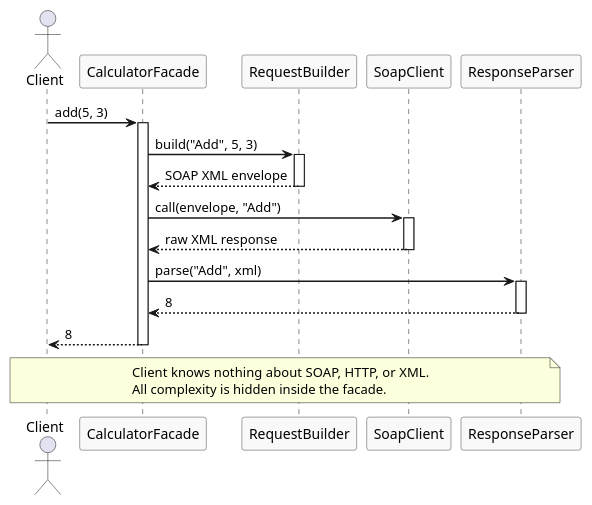
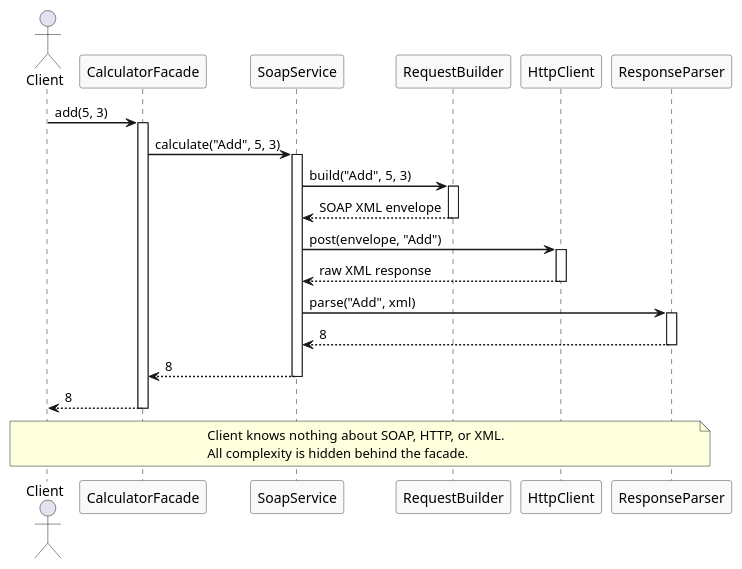
Before and after one commit to olegf2a/gof: the diagram in structural/facade/uml/facade_flow.puml, drawn with PlantUML. The commit also changed 17 other files, not shown here.

```diff
--- a/structural/facade/uml/facade_flow.puml
+++ b/structural/facade/uml/facade_flow.puml
@@ -1,42 +1,47 @@
 @startuml facade_flow
 
 skinparam sequenceArrowThickness 1.5
 skinparam sequenceParticipantBackgroundColor #f9f9f9
 skinparam sequenceParticipantBorderColor #444444
-skinparam SequenceGroupBorderColor #888888
 
 actor Client
 
 participant "CalculatorFacade" as Facade
+participant "SoapService" as Service
 participant "RequestBuilder" as Builder
-participant "SoapClient" as Client2
+participant "HttpClient" as Http
 participant "ResponseParser" as Parser
 
 Client -> Facade : add(5, 3)
-
 activate Facade
 
-Facade -> Builder : build("Add", 5, 3)
+Facade -> Service : calculate("Add", 5, 3)
+activate Service
+
+Service -> Builder : build("Add", 5, 3)
 activate Builder
-Builder --> Facade : SOAP XML envelope
+Builder --> Service : SOAP XML envelope
 deactivate Builder
 
-Facade -> Client2 : call(envelope, "Add")
-activate Client2
-Client2 --> Facade : raw XML response
-deactivate Client2
+Service -> Http : post(envelope, "Add")
+activate Http
+Http --> Service : raw XML response
+deactivate Http
 
-Facade -> Parser : parse("Add", xml)
+Service -> Parser : parse("Add", xml)
 activate Parser
-Parser --> Facade : 8
+Parser --> Service : 8
 deactivate Parser
+
+Service --> Facade : 8
+deactivate Service
 
 Facade --> Client : 8
 deactivate Facade
 
 note over Client, Parser
   Client knows nothing about SOAP, HTTP, or XML.
-  All complexity is hidden inside the facade.
+  All complexity is hidden behind the facade.
 end note
 
 @enduml
```
